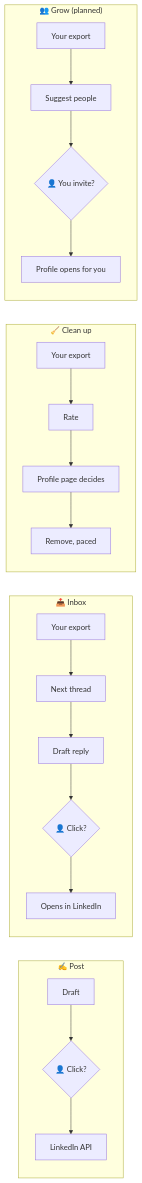
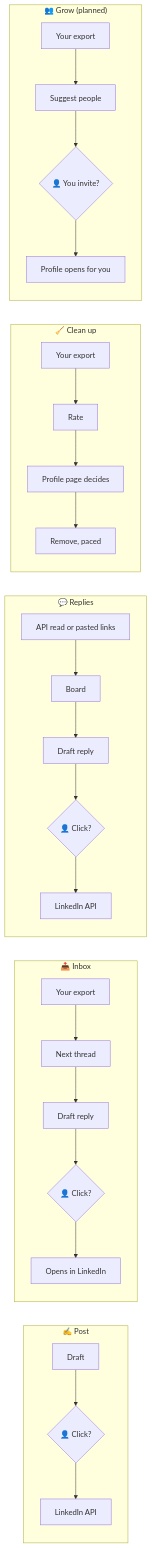
The diagram in docs/spec-jobs.md (Colorado-Startups/linken), drawn with Mermaid before and after one commit. The commit also changed other lines of this file and 11 other files, not shown here.

First line of the commit message:
Replies: a board of comments waiting on you (#126)

````diff
--- a/docs/spec-jobs.md
+++ b/docs/spec-jobs.md
@@ -16,15 +17,18 @@
 ```mermaid
 flowchart LR
   subgraph Post["✍️ Post"]
     P1[Draft] --> P2{👤 Click?} --> P3[LinkedIn API]
   end
   subgraph Inbox["📥 Inbox"]
     I1[Your export] --> I2[Next thread] --> I3[Draft reply] --> I4{👤 Click?} --> I5[Opens in LinkedIn]
   end
+  subgraph Replies["💬 Replies"]
+    R1[API read or pasted links] --> R2[Board] --> R3[Draft reply] --> R4{👤 Click?} --> R5[LinkedIn API]
+  end
   subgraph Clean["🧹 Clean up"]
     C1[Your export] --> C2[Rate] --> C3[Profile page decides] --> C4[Remove, paced]
   end
   subgraph Grow["👥 Grow (planned)"]
     G1[Your export] --> G2[Suggest people] --> G3{👤 You invite?} --> G4[Profile opens for you]
   end
 ```
````
